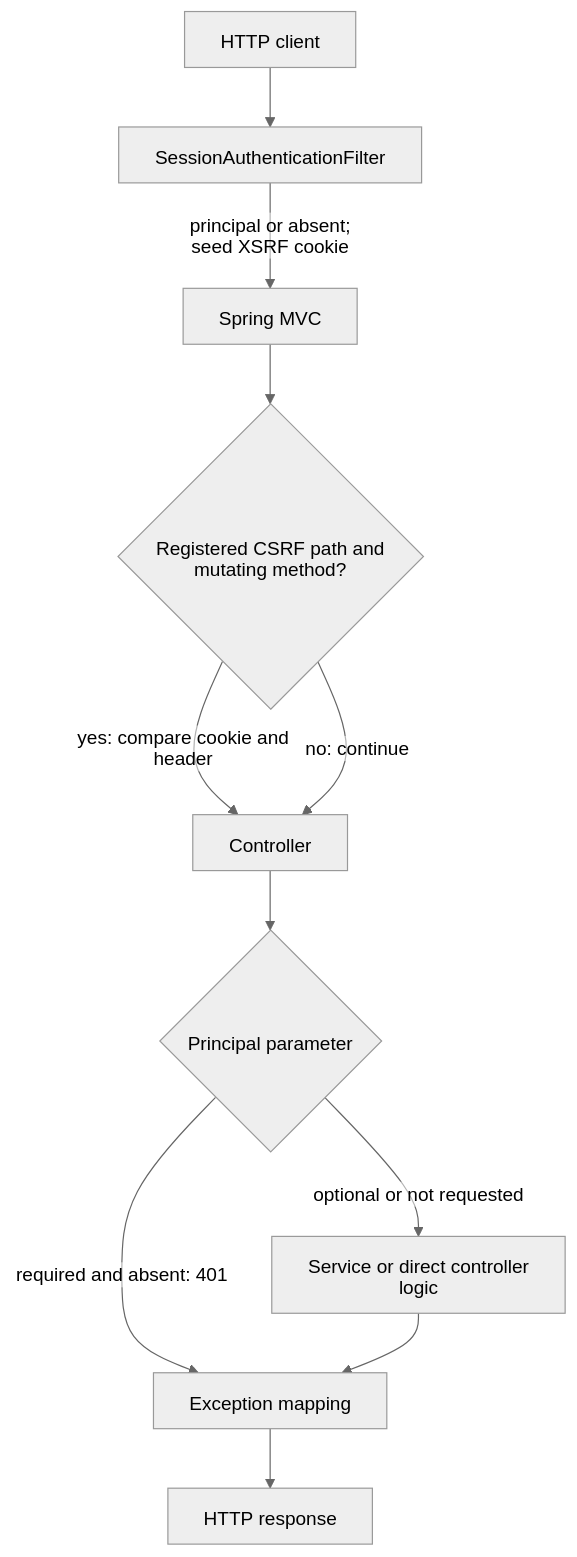
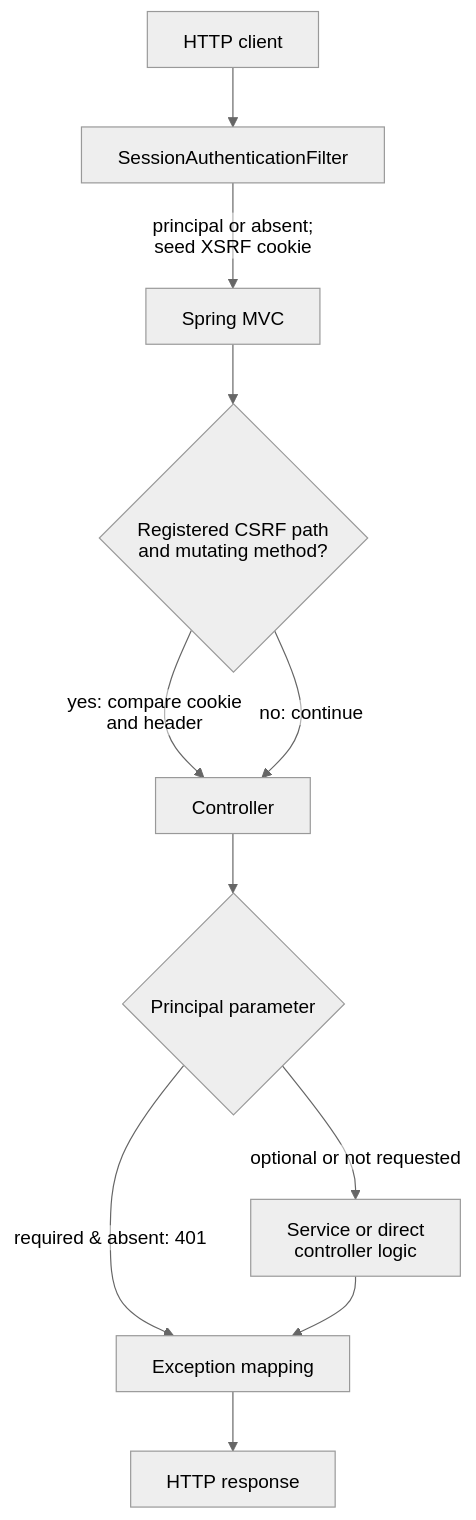
Before and after one commit to NathanZK/ChessEcho: the second of 11 diagrams in docs/architecture/backend-architecture.md, drawn with Mermaid (neutral theme). The commit also changed other lines of this file and 13 other files, not shown here.

Commit message:
docs(architecture): reconcile ChessProbe documentation architecture, system topology, API contract, and testing specifications (#785)

````diff
--- a/docs/architecture/backend-architecture.md
+++ b/docs/architecture/backend-architecture.md
@@ -24,14 +71,14 @@
 ```mermaid
 %%{init: {"htmlLabels": false, "flowchart": {"htmlLabels": false}}}%%
 flowchart TB
     Client[HTTP client] --> Filter[SessionAuthenticationFilter]
     Filter -->|"principal or absent;<br/>seed XSRF cookie"| MVC[Spring MVC]
-    MVC --> CSRF{Registered CSRF path and mutating method?}
-    CSRF -->|yes: compare cookie and header| Handler[Controller]
+    MVC --> CSRF{"Registered CSRF path<br/>and mutating method?"}
+    CSRF -->|"yes: compare cookie<br/>and header"| Handler[Controller]
     CSRF -->|no: continue| Handler
     Handler --> Resolver{Principal parameter}
-    Resolver -->|required and absent: 401| Errors[Exception mapping]
-    Resolver -->|optional or not requested| Logic[Service or direct controller logic]
+    Resolver -->|"required & absent: 401"| Errors[Exception mapping]
+    Resolver -->|"optional or not requested"| Logic["Service or direct<br/>controller logic"]
     Logic --> Errors
     Errors --> Response[HTTP response]
 ```
````
